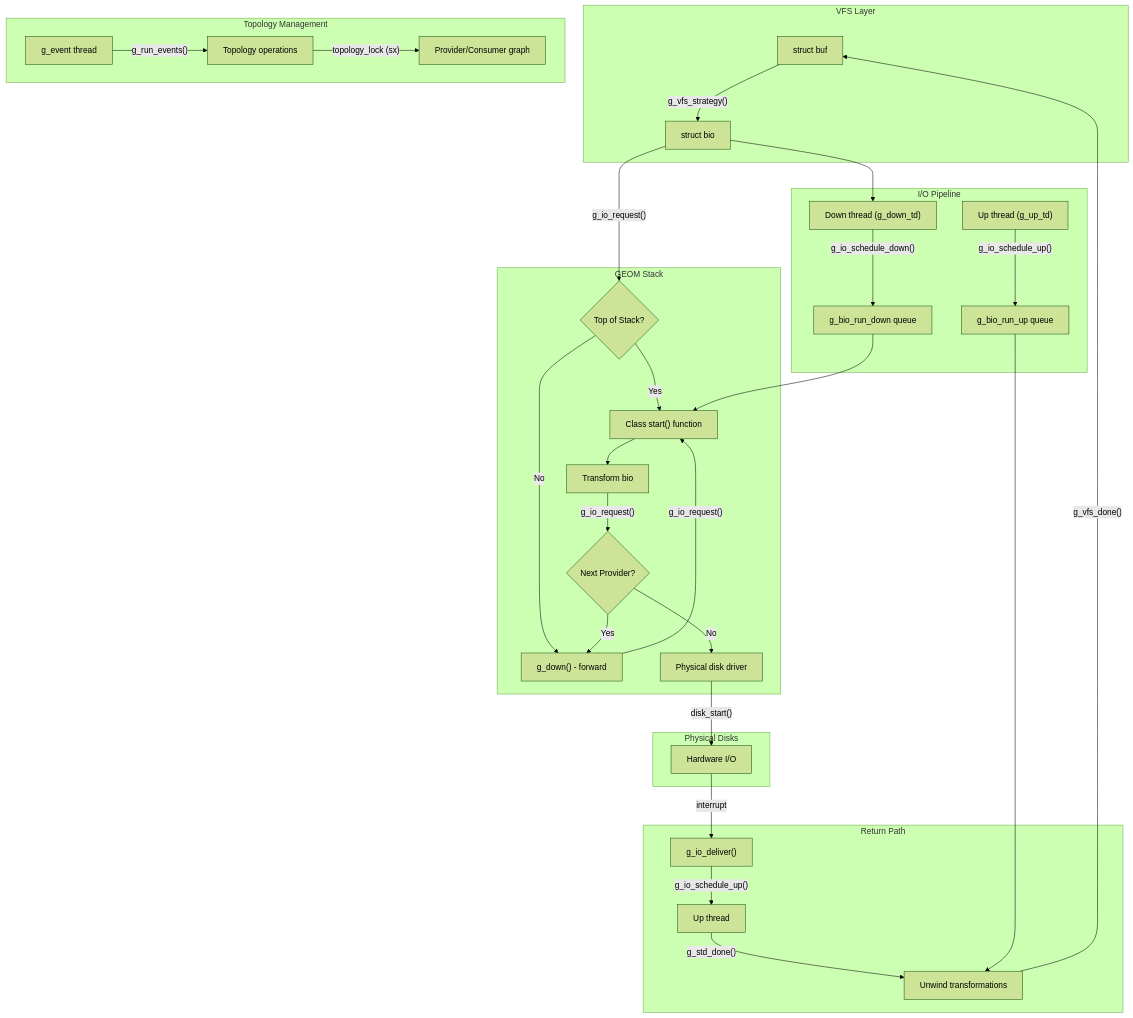
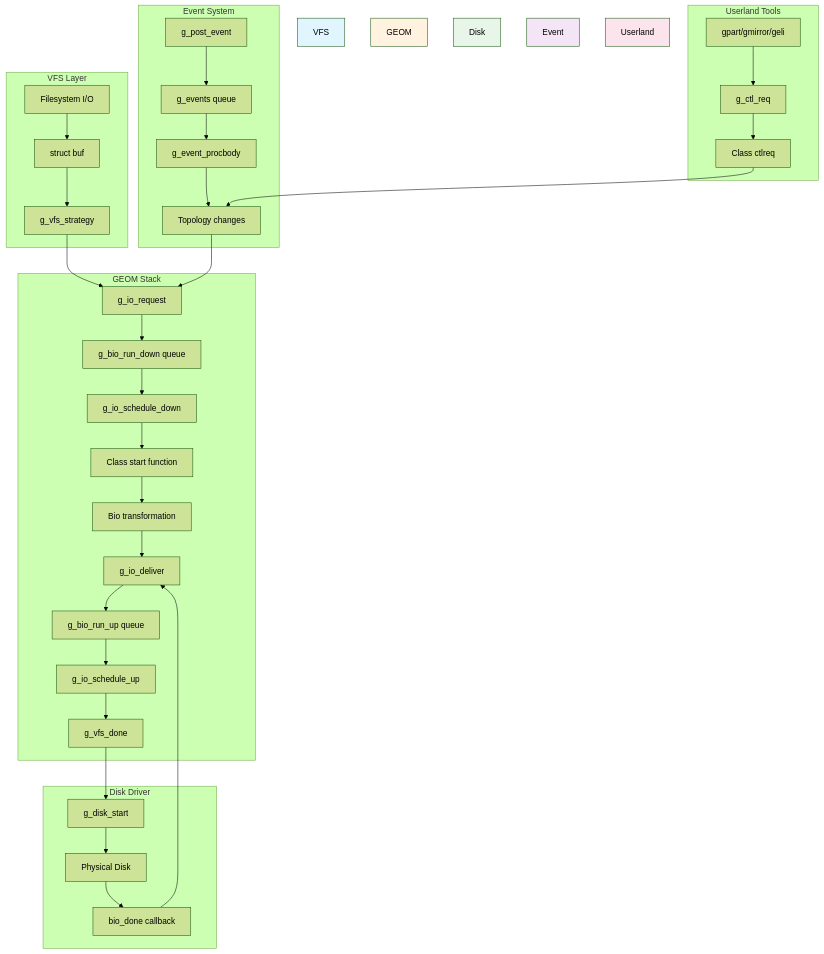
The diagram in sys/geom/README.md (ocochard/freebsd-src), drawn with Mermaid (forest theme) before and after one commit. The commit also changed other lines of this file and 26 other files, not shown here.

````diff
--- a/sys/geom/README.md
+++ b/sys/geom/README.md
@@ -248,42 +268,45 @@
 ```mermaid
 flowchart TD
-    subgraph VFS["VFS Layer"]
-        A["struct buf"] -->|"g_vfs_strategy()"| B["struct bio"]
+    subgraph VFS_grp ["VFS Layer"]
+        A[Filesystem I/O] --> B[struct buf]
+        B --> C[g_vfs_strategy]
     end
 
-    subgraph GEOM["GEOM Stack"]
-        B -->|"g_io_request()"| C{Top of Stack?}
-        C -->|"Yes"| D["Class start() function"]
-        C -->|"No"| E["g_down() - forward"]
-        D --> F["Transform bio"]
-        F -->|"g_io_request()"| G{Next Provider?}
-        G -->|"Yes"| E
-        G -->|"No"| H["Physical disk driver"]
-        E -->|"g_io_request()"| D
+    subgraph GEOM_grp ["GEOM Stack"]
+        C --> D[g_io_request]
+        D --> E[g_bio_run_down queue]
+        E --> F[g_io_schedule_down]
+        F --> G[Class start function]
+        G --> H[Bio transformation]
+        H --> K[g_io_deliver]
+        K --> J[g_bio_run_up queue]
+        J --> I[g_io_schedule_up]
+        I --> L[g_vfs_done]
     end
 
-    subgraph Disk["Physical Disks"]
-        H -->|"disk_start()"| I["Hardware I/O"]
+    subgraph Disk_grp ["Disk Driver"]
+        L --> M[g_disk_start]
+        M --> N[Physical Disk]
+        N --> O[bio_done callback]
+        O --> K
     end
 
-    subgraph Return["Return Path"]
-        I -->|"interrupt"| J["g_io_deliver()"]
-        J -->|"g_io_schedule_up()"| K["Up thread"]
-        K -->|"g_std_done()"| L["Unwind transformations"]
-        L -->|"g_vfs_done()"| A
+    subgraph Event_grp ["Event System"]
+        P[g_post_event] --> Q[g_events queue]
+        Q --> R[g_event_procbody]
+        R --> S[Topology changes]
+        S --> D
     end
 
-    subgraph Topology["Topology Management"]
-        M["g_event thread"] -->|"g_run_events()"| N["Topology operations"]
-        N -->|"topology_lock (sx)"| O["Provider/Consumer graph"]
+    subgraph Userland_grp ["Userland Tools"]
+        T[gpart/gmirror/geli] --> U[g_ctl_req]
+        U --> V[Class ctlreq]
+        V --> S
     end
 
-    subgraph IOPipeline["I/O Pipeline"]
-        P["Down thread (g_down_td)"] -->|"g_io_schedule_down()"| Q["g_bio_run_down queue"]
-        R["Up thread (g_up_td)"] -->|"g_io_schedule_up()"| S["g_bio_run_up queue"]
-    end
-
-    B --> P
-    Q --> D
-    S --> L
+    style VFS fill:#e1f5fe
+    style GEOM fill:#fff3e0
+    style Disk fill:#e8f5e9
+    style Event fill:#f3e5f5
+    style Userland fill:#fce4ec
 ```
````
